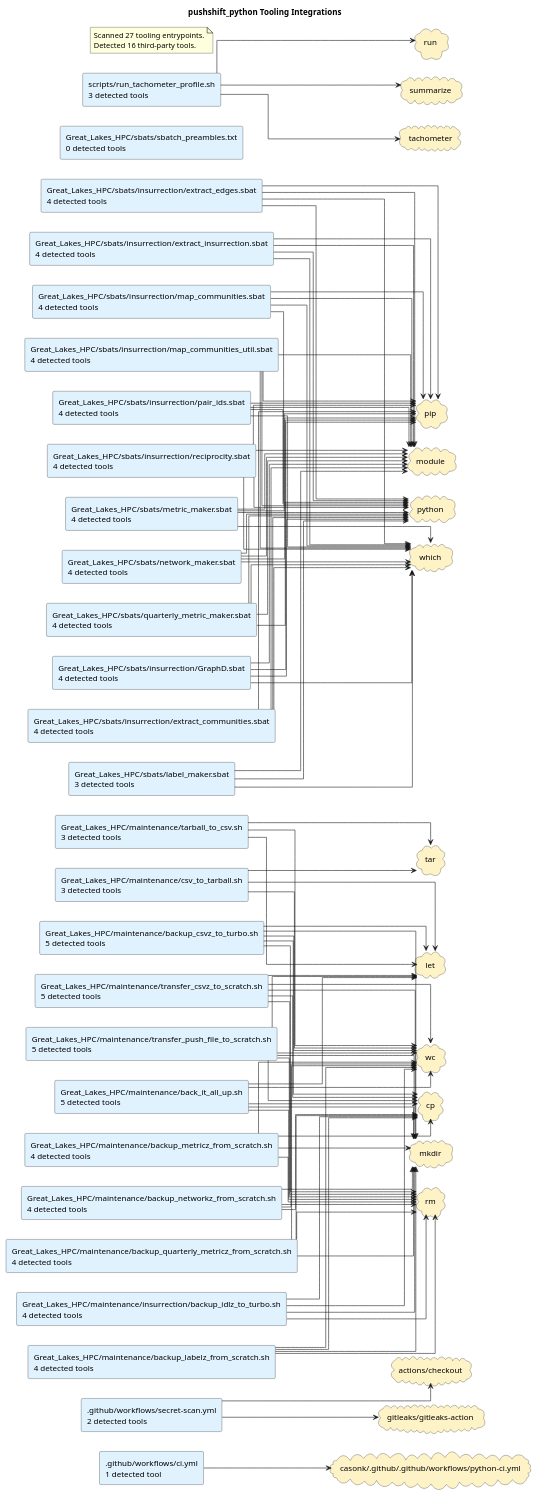
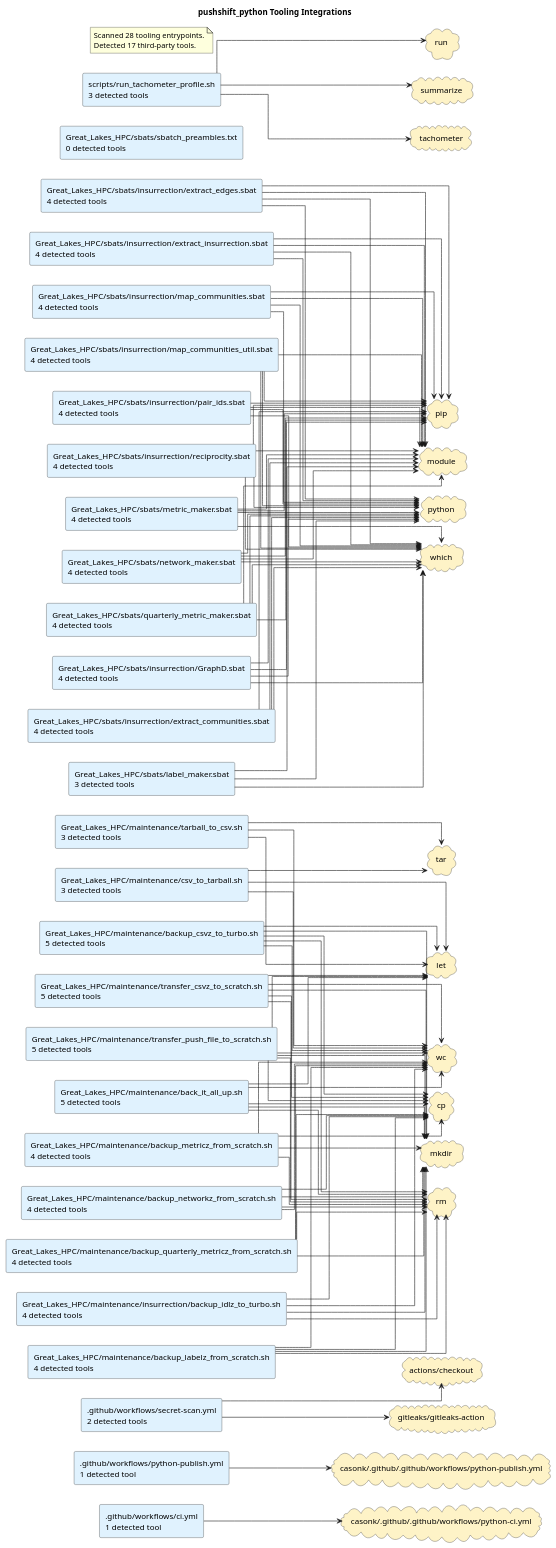
One commit to casonk/pushshift_python changed the diagram in docs/diagrams/tooling-integrations.puml. Above: the diagram before and after it, drawn with PlantUML. The commit also changed 2 other files, not shown here.

Commit message:
docs: refresh architecture diagrams (#16)
Claude-Session: https://claude.ai/code/session_01R6qhLPRiXQh4QSTNzXR9gj

```diff
--- a/docs/diagrams/tooling-integrations.puml
+++ b/docs/diagrams/tooling-integrations.puml
@@ -1,154 +1,157 @@
 @startuml
 title pushshift_python Tooling Integrations
 left to right direction
 skinparam shadowing false
 skinparam defaultFontName Monospace
 skinparam componentStyle rectangle
 skinparam linetype ortho
 rectangle ".github/workflows/ci.yml\n1 detected tool" as source_github_workflows_ci_yml #E0F2FE
+rectangle ".github/workflows/python-publish.yml\n1 detected tool" as source_github_workflows_python_publish_yml #E0F2FE
 rectangle ".github/workflows/secret-scan.yml\n2 detected tools" as source_github_workflows_secret_scan_yml #E0F2FE
 rectangle "Great_Lakes_HPC/maintenance/back_it_all_up.sh\n5 detected tools" as source_great_lakes_hpc_maintenance_back_it_all_up_sh #E0F2FE
 rectangle "Great_Lakes_HPC/maintenance/backup_csvz_to_turbo.sh\n5 detected tools" as source_great_lakes_hpc_maintenance_backup_csvz_to_turbo_sh #E0F2FE
 rectangle "Great_Lakes_HPC/maintenance/backup_labelz_from_scratch.sh\n4 detected tools" as source_great_lakes_hpc_maintenance_backup_labelz_from_scratch_sh #E0F2FE
 rectangle "Great_Lakes_HPC/maintenance/backup_metricz_from_scratch.sh\n4 detected tools" as source_great_lakes_hpc_maintenance_backup_metricz_from_scratch_sh #E0F2FE
 rectangle "Great_Lakes_HPC/maintenance/backup_networkz_from_scratch.sh\n4 detected tools" as source_great_lakes_hpc_maintenance_backup_networkz_from_scratch_sh #E0F2FE
 rectangle "Great_Lakes_HPC/maintenance/backup_quarterly_metricz_from_scratch.sh\n4 detected tools" as source_great_lakes_hpc_maintenance_backup_quarterly_metricz_from_scratch_sh #E0F2FE
 rectangle "Great_Lakes_HPC/maintenance/csv_to_tarball.sh\n3 detected tools" as source_great_lakes_hpc_maintenance_csv_to_tarball_sh #E0F2FE
 rectangle "Great_Lakes_HPC/maintenance/insurrection/backup_idlz_to_turbo.sh\n4 detected tools" as source_great_lakes_hpc_maintenance_insurrection_backup_idlz_to_turbo_sh #E0F2FE
 rectangle "Great_Lakes_HPC/maintenance/tarball_to_csv.sh\n3 detected tools" as source_great_lakes_hpc_maintenance_tarball_to_csv_sh #E0F2FE
 rectangle "Great_Lakes_HPC/maintenance/transfer_csvz_to_scratch.sh\n5 detected tools" as source_great_lakes_hpc_maintenance_transfer_csvz_to_scratch_sh #E0F2FE
 rectangle "Great_Lakes_HPC/maintenance/transfer_push_file_to_scratch.sh\n5 detected tools" as source_great_lakes_hpc_maintenance_transfer_push_file_to_scratch_sh #E0F2FE
 rectangle "Great_Lakes_HPC/sbats/insurrection/GraphD.sbat\n4 detected tools" as source_great_lakes_hpc_sbats_insurrection_graphd_sbat #E0F2FE
 rectangle "Great_Lakes_HPC/sbats/insurrection/extract_communities.sbat\n4 detected tools" as source_great_lakes_hpc_sbats_insurrection_extract_communities_sbat #E0F2FE
 rectangle "Great_Lakes_HPC/sbats/insurrection/extract_edges.sbat\n4 detected tools" as source_great_lakes_hpc_sbats_insurrection_extract_edges_sbat #E0F2FE
 rectangle "Great_Lakes_HPC/sbats/insurrection/extract_insurrection.sbat\n4 detected tools" as source_great_lakes_hpc_sbats_insurrection_extract_insurrection_sbat #E0F2FE
 rectangle "Great_Lakes_HPC/sbats/insurrection/map_communities.sbat\n4 detected tools" as source_great_lakes_hpc_sbats_insurrection_map_communities_sbat #E0F2FE
 rectangle "Great_Lakes_HPC/sbats/insurrection/map_communities_util.sbat\n4 detected tools" as source_great_lakes_hpc_sbats_insurrection_map_communities_util_sbat #E0F2FE
 rectangle "Great_Lakes_HPC/sbats/insurrection/pair_ids.sbat\n4 detected tools" as source_great_lakes_hpc_sbats_insurrection_pair_ids_sbat #E0F2FE
 rectangle "Great_Lakes_HPC/sbats/insurrection/reciprocity.sbat\n4 detected tools" as source_great_lakes_hpc_sbats_insurrection_reciprocity_sbat #E0F2FE
 rectangle "Great_Lakes_HPC/sbats/label_maker.sbat\n3 detected tools" as source_great_lakes_hpc_sbats_label_maker_sbat #E0F2FE
 rectangle "Great_Lakes_HPC/sbats/metric_maker.sbat\n4 detected tools" as source_great_lakes_hpc_sbats_metric_maker_sbat #E0F2FE
 rectangle "Great_Lakes_HPC/sbats/network_maker.sbat\n4 detected tools" as source_great_lakes_hpc_sbats_network_maker_sbat #E0F2FE
 rectangle "Great_Lakes_HPC/sbats/quarterly_metric_maker.sbat\n4 detected tools" as source_great_lakes_hpc_sbats_quarterly_metric_maker_sbat #E0F2FE
 rectangle "Great_Lakes_HPC/sbats/sbatch_preambles.txt\n0 detected tools" as source_great_lakes_hpc_sbats_sbatch_preambles_txt #E0F2FE
 rectangle "scripts/run_tachometer_profile.sh\n3 detected tools" as source_scripts_run_tachometer_profile_sh #E0F2FE
 cloud "actions/checkout" as tool_actions_checkout #FEF3C7
 cloud "casonk/.github/.github/workflows/python-ci.yml" as tool_casonk_github_github_workflows_python_ci_yml #FEF3C7
+cloud "casonk/.github/.github/workflows/python-publish.yml" as tool_casonk_github_github_workflows_python_publish_yml #FEF3C7
 cloud "cp" as tool_cp #FEF3C7
 cloud "gitleaks/gitleaks-action" as tool_gitleaks_gitleaks_action #FEF3C7
 cloud "let" as tool_let #FEF3C7
 cloud "mkdir" as tool_mkdir #FEF3C7
 cloud "module" as tool_module #FEF3C7
 cloud "pip" as tool_pip #FEF3C7
 cloud "python" as tool_python #FEF3C7
 cloud "rm" as tool_rm #FEF3C7
 cloud "run" as tool_run #FEF3C7
 cloud "summarize" as tool_summarize #FEF3C7
 cloud "tachometer" as tool_tachometer #FEF3C7
 cloud "tar" as tool_tar #FEF3C7
 cloud "wc" as tool_wc #FEF3C7
 cloud "which" as tool_which #FEF3C7
 source_github_workflows_ci_yml --> tool_casonk_github_github_workflows_python_ci_yml
+source_github_workflows_python_publish_yml --> tool_casonk_github_github_workflows_python_publish_yml
 source_github_workflows_secret_scan_yml --> tool_actions_checkout
 source_github_workflows_secret_scan_yml --> tool_gitleaks_gitleaks_action
 source_great_lakes_hpc_maintenance_back_it_all_up_sh --> tool_cp
 source_great_lakes_hpc_maintenance_back_it_all_up_sh --> tool_let
 source_great_lakes_hpc_maintenance_back_it_all_up_sh --> tool_mkdir
 source_great_lakes_hpc_maintenance_back_it_all_up_sh --> tool_rm
 source_great_lakes_hpc_maintenance_back_it_all_up_sh --> tool_wc
 source_great_lakes_hpc_maintenance_backup_csvz_to_turbo_sh --> tool_cp
 source_great_lakes_hpc_maintenance_backup_csvz_to_turbo_sh --> tool_let
 source_great_lakes_hpc_maintenance_backup_csvz_to_turbo_sh --> tool_mkdir
 source_great_lakes_hpc_maintenance_backup_csvz_to_turbo_sh --> tool_rm
 source_great_lakes_hpc_maintenance_backup_csvz_to_turbo_sh --> tool_wc
 source_great_lakes_hpc_maintenance_backup_labelz_from_scratch_sh --> tool_cp
 source_great_lakes_hpc_maintenance_backup_labelz_from_scratch_sh --> tool_mkdir
 source_great_lakes_hpc_maintenance_backup_labelz_from_scratch_sh --> tool_rm
 source_great_lakes_hpc_maintenance_backup_labelz_from_scratch_sh --> tool_wc
 source_great_lakes_hpc_maintenance_backup_metricz_from_scratch_sh --> tool_cp
 source_great_lakes_hpc_maintenance_backup_metricz_from_scratch_sh --> tool_mkdir
 source_great_lakes_hpc_maintenance_backup_metricz_from_scratch_sh --> tool_rm
 source_great_lakes_hpc_maintenance_backup_metricz_from_scratch_sh --> tool_wc
 source_great_lakes_hpc_maintenance_backup_networkz_from_scratch_sh --> tool_cp
 source_great_lakes_hpc_maintenance_backup_networkz_from_scratch_sh --> tool_mkdir
 source_great_lakes_hpc_maintenance_backup_networkz_from_scratch_sh --> tool_rm
 source_great_lakes_hpc_maintenance_backup_networkz_from_scratch_sh --> tool_wc
 source_great_lakes_hpc_maintenance_backup_quarterly_metricz_from_scratch_sh --> tool_cp
 source_great_lakes_hpc_maintenance_backup_quarterly_metricz_from_scratch_sh --> tool_mkdir
 source_great_lakes_hpc_maintenance_backup_quarterly_metricz_from_scratch_sh --> tool_rm
 source_great_lakes_hpc_maintenance_backup_quarterly_metricz_from_scratch_sh --> tool_wc
 source_great_lakes_hpc_maintenance_csv_to_tarball_sh --> tool_let
 source_great_lakes_hpc_maintenance_csv_to_tarball_sh --> tool_tar
 source_great_lakes_hpc_maintenance_csv_to_tarball_sh --> tool_wc
 source_great_lakes_hpc_maintenance_insurrection_backup_idlz_to_turbo_sh --> tool_cp
 source_great_lakes_hpc_maintenance_insurrection_backup_idlz_to_turbo_sh --> tool_mkdir
 source_great_lakes_hpc_maintenance_insurrection_backup_idlz_to_turbo_sh --> tool_rm
 source_great_lakes_hpc_maintenance_insurrection_backup_idlz_to_turbo_sh --> tool_wc
 source_great_lakes_hpc_maintenance_tarball_to_csv_sh --> tool_let
 source_great_lakes_hpc_maintenance_tarball_to_csv_sh --> tool_tar
 source_great_lakes_hpc_maintenance_tarball_to_csv_sh --> tool_wc
 source_great_lakes_hpc_maintenance_transfer_csvz_to_scratch_sh --> tool_cp
 source_great_lakes_hpc_maintenance_transfer_csvz_to_scratch_sh --> tool_let
 source_great_lakes_hpc_maintenance_transfer_csvz_to_scratch_sh --> tool_mkdir
 source_great_lakes_hpc_maintenance_transfer_csvz_to_scratch_sh --> tool_rm
 source_great_lakes_hpc_maintenance_transfer_csvz_to_scratch_sh --> tool_wc
 source_great_lakes_hpc_maintenance_transfer_push_file_to_scratch_sh --> tool_cp
 source_great_lakes_hpc_maintenance_transfer_push_file_to_scratch_sh --> tool_let
 source_great_lakes_hpc_maintenance_transfer_push_file_to_scratch_sh --> tool_mkdir
 source_great_lakes_hpc_maintenance_transfer_push_file_to_scratch_sh --> tool_rm
 source_great_lakes_hpc_maintenance_transfer_push_file_to_scratch_sh --> tool_wc
 source_great_lakes_hpc_sbats_insurrection_graphd_sbat --> tool_module
 source_great_lakes_hpc_sbats_insurrection_graphd_sbat --> tool_pip
 source_great_lakes_hpc_sbats_insurrection_graphd_sbat --> tool_python
 source_great_lakes_hpc_sbats_insurrection_graphd_sbat --> tool_which
 source_great_lakes_hpc_sbats_insurrection_extract_communities_sbat --> tool_module
 source_great_lakes_hpc_sbats_insurrection_extract_communities_sbat --> tool_pip
 source_great_lakes_hpc_sbats_insurrection_extract_communities_sbat --> tool_python
 source_great_lakes_hpc_sbats_insurrection_extract_communities_sbat --> tool_which
 source_great_lakes_hpc_sbats_insurrection_extract_edges_sbat --> tool_module
 source_great_lakes_hpc_sbats_insurrection_extract_edges_sbat --> tool_pip
 source_great_lakes_hpc_sbats_insurrection_extract_edges_sbat --> tool_python
 source_great_lakes_hpc_sbats_insurrection_extract_edges_sbat --> tool_which
 source_great_lakes_hpc_sbats_insurrection_extract_insurrection_sbat --> tool_module
 source_great_lakes_hpc_sbats_insurrection_extract_insurrection_sbat --> tool_pip
 source_great_lakes_hpc_sbats_insurrection_extract_insurrection_sbat --> tool_python
 source_great_lakes_hpc_sbats_insurrection_extract_insurrection_sbat --> tool_which
 source_great_lakes_hpc_sbats_insurrection_map_communities_sbat --> tool_module
 source_great_lakes_hpc_sbats_insurrection_map_communities_sbat --> tool_pip
 source_great_lakes_hpc_sbats_insurrection_map_communities_sbat --> tool_python
 source_great_lakes_hpc_sbats_insurrection_map_communities_sbat --> tool_which
 source_great_lakes_hpc_sbats_insurrection_map_communities_util_sbat --> tool_module
 source_great_lakes_hpc_sbats_insurrection_map_communities_util_sbat --> tool_pip
 source_great_lakes_hpc_sbats_insurrection_map_communities_util_sbat --> tool_python
 source_great_lakes_hpc_sbats_insurrection_map_communities_util_sbat --> tool_which
 source_great_lakes_hpc_sbats_insurrection_pair_ids_sbat --> tool_module
 source_great_lakes_hpc_sbats_insurrection_pair_ids_sbat --> tool_pip
 source_great_lakes_hpc_sbats_insurrection_pair_ids_sbat --> tool_python
 source_great_lakes_hpc_sbats_insurrection_pair_ids_sbat --> tool_which
 source_great_lakes_hpc_sbats_insurrection_reciprocity_sbat --> tool_module
 source_great_lakes_hpc_sbats_insurrection_reciprocity_sbat --> tool_pip
 source_great_lakes_hpc_sbats_insurrection_reciprocity_sbat --> tool_python
 source_great_lakes_hpc_sbats_insurrection_reciprocity_sbat --> tool_which
 source_great_lakes_hpc_sbats_label_maker_sbat --> tool_module
 source_great_lakes_hpc_sbats_label_maker_sbat --> tool_python
 source_great_lakes_hpc_sbats_label_maker_sbat --> tool_which
 source_great_lakes_hpc_sbats_metric_maker_sbat --> tool_module
 source_great_lakes_hpc_sbats_metric_maker_sbat --> tool_pip
 source_great_lakes_hpc_sbats_metric_maker_sbat --> tool_python
 source_great_lakes_hpc_sbats_metric_maker_sbat --> tool_which
 source_great_lakes_hpc_sbats_network_maker_sbat --> tool_module
 source_great_lakes_hpc_sbats_network_maker_sbat --> tool_pip
 source_great_lakes_hpc_sbats_network_maker_sbat --> tool_python
 source_great_lakes_hpc_sbats_network_maker_sbat --> tool_which
 source_great_lakes_hpc_sbats_quarterly_metric_maker_sbat --> tool_module
 source_great_lakes_hpc_sbats_quarterly_metric_maker_sbat --> tool_pip
 source_great_lakes_hpc_sbats_quarterly_metric_maker_sbat --> tool_python
 source_great_lakes_hpc_sbats_quarterly_metric_maker_sbat --> tool_which
 source_scripts_run_tachometer_profile_sh --> tool_run
 source_scripts_run_tachometer_profile_sh --> tool_summarize
 source_scripts_run_tachometer_profile_sh --> tool_tachometer
 note as toolingGraphSummary
-Scanned 27 tooling entrypoints.
-Detected 16 third-party tools.
+Scanned 28 tooling entrypoints.
+Detected 17 third-party tools.
 end note
 @enduml
```
